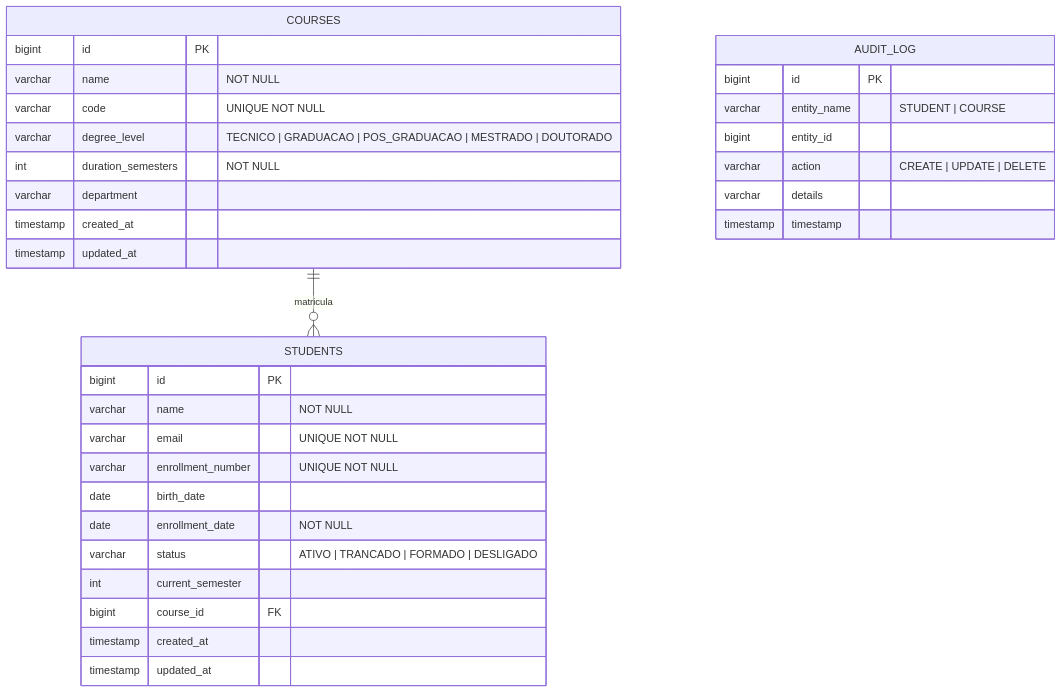
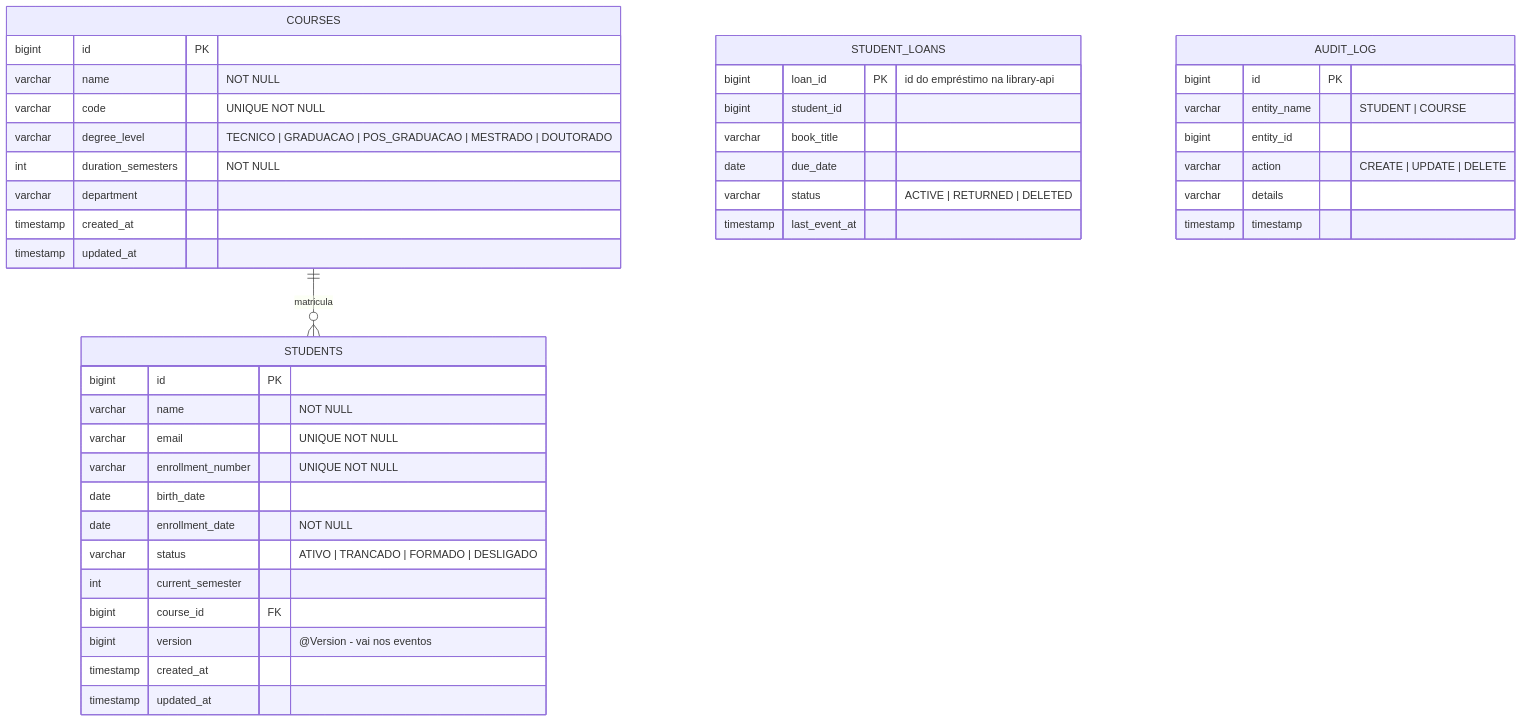
Before and after one commit to gustacassel/gustavo_cassel_PB_TP4: the second of 2 diagrams in students-api/README.md, drawn with Mermaid. The commit also changed other lines of this file and 4 other files, not shown here.

Commit message:
Update documentation for event-driven architecture and set Vite port to 5173

````diff
--- a/students-api/README.md
+++ b/students-api/README.md
@@ -52,36 +93,45 @@
 ```mermaid
 erDiagram
     COURSES ||--o{ STUDENTS : "matricula"
 
     COURSES {
         bigint id PK
         varchar name "NOT NULL"
         varchar code "UNIQUE NOT NULL"
         varchar degree_level "TECNICO | GRADUACAO | POS_GRADUACAO | MESTRADO | DOUTORADO"
         int duration_semesters "NOT NULL"
         varchar department
         timestamp created_at
         timestamp updated_at
     }
     STUDENTS {
         bigint id PK
         varchar name "NOT NULL"
         varchar email "UNIQUE NOT NULL"
         varchar enrollment_number "UNIQUE NOT NULL"
         date birth_date
         date enrollment_date "NOT NULL"
         varchar status "ATIVO | TRANCADO | FORMADO | DESLIGADO"
         int current_semester
         bigint course_id FK
+        bigint version "@Version - vai nos eventos"
         timestamp created_at
         timestamp updated_at
+    }
+    STUDENT_LOANS {
+        bigint loan_id PK "id do empréstimo na library-api"
+        bigint student_id
+        varchar book_title
+        date due_date
+        varchar status "ACTIVE | RETURNED | DELETED"
+        timestamp last_event_at
     }
     AUDIT_LOG {
         bigint id PK
         varchar entity_name "STUDENT | COURSE"
         bigint entity_id
         varchar action "CREATE | UPDATE | DELETE"
         varchar details
         timestamp timestamp
     }
 ```
````
